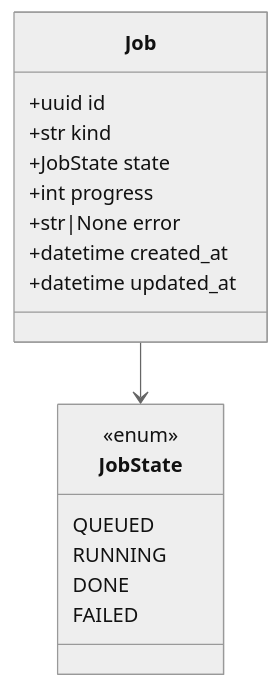
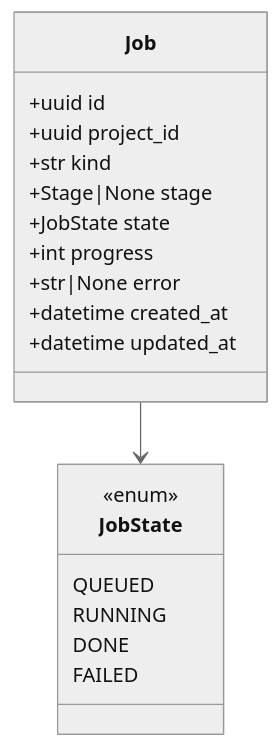
Before and after one commit to Katlego-tech/Panelwise: the first of 3 diagrams in docs/design/deploy.md, drawn with Mermaid (neutral theme). The commit also changed other lines of this file and 19 other files, not shown here.

````diff
--- a/docs/design/deploy.md
+++ b/docs/design/deploy.md
@@ -43,20 +44,22 @@
 ```mermaid
 classDiagram
     class Job {
         +uuid id
+        +uuid project_id
         +str kind
+        +Stage|None stage
         +JobState state
         +int progress
         +str|None error
         +datetime created_at
         +datetime updated_at
     }
     class JobState {
         <<enum>>
         QUEUED
         RUNNING
         DONE
         FAILED
     }
     Job --> JobState
 ```
````
